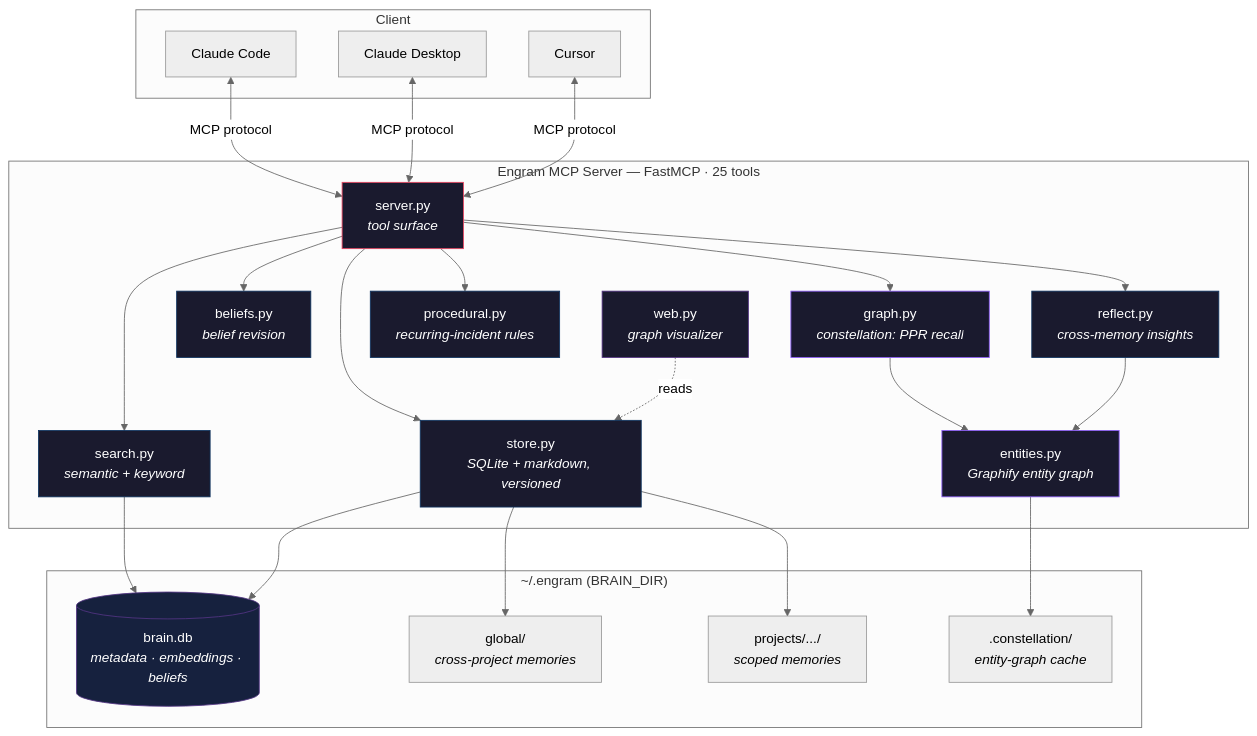
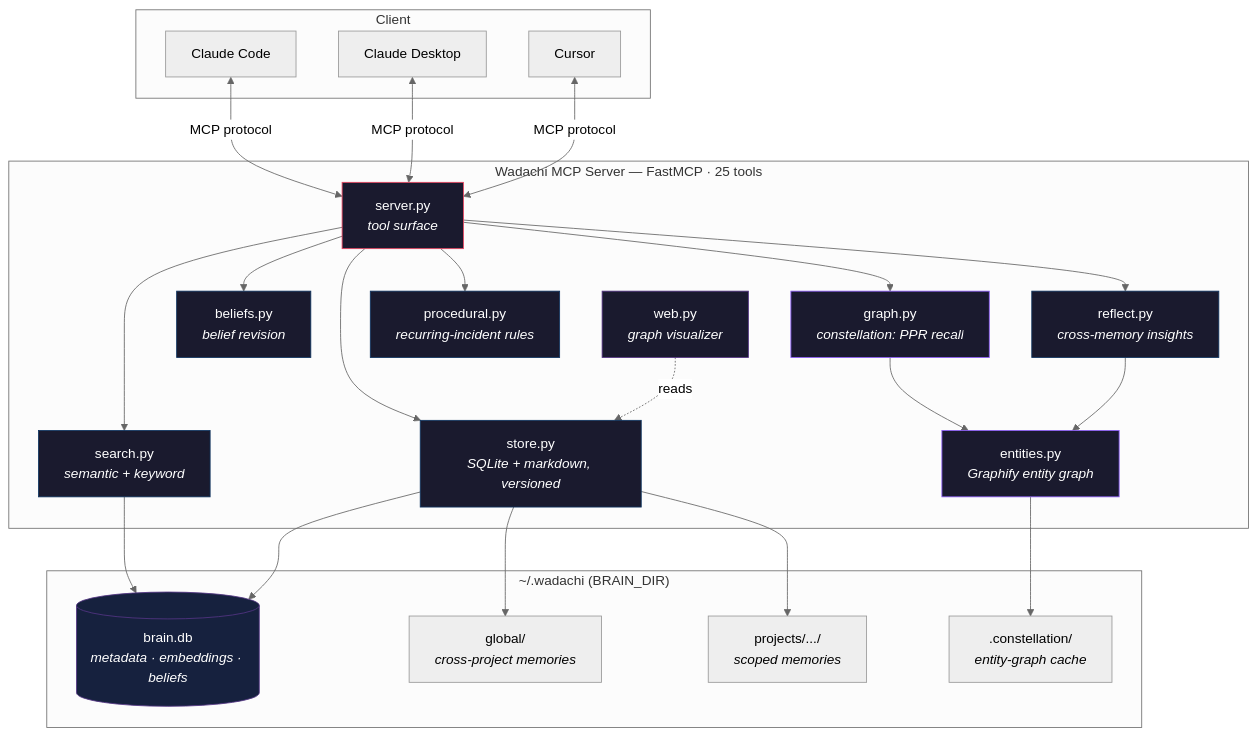
Before and after one commit to EliaCinti/engram: the diagram in README.md, drawn with Mermaid (neutral theme). The commit also changed other lines of this file and 17 other files, not shown here.

First line of the commit message:
refactor!: rename Engram → wadachi (package, server MCP, entry point, docs)

````diff
--- a/README.md
+++ b/README.md
@@ -72,47 +74,47 @@
 ```mermaid
 graph TB
     subgraph Client
         CC[Claude Code]
         CD[Claude Desktop]
         CU[Cursor]
     end
 
-    subgraph Server ["Engram MCP Server — FastMCP · 25 tools"]
+    subgraph Server ["Wadachi MCP Server — FastMCP · 25 tools"]
         S[server.py<br><i>tool surface</i>]
         ST[store.py<br><i>SQLite + markdown, versioned</i>]
         SE[search.py<br><i>semantic + keyword</i>]
         GR[graph.py<br><i>constellation: PPR recall</i>]
         EN[entities.py<br><i>Graphify entity graph</i>]
         BE[beliefs.py<br><i>belief revision</i>]
         RE[reflect.py<br><i>cross-memory insights</i>]
         PR[procedural.py<br><i>recurring-incident rules</i>]
         WE[web.py<br><i>graph visualizer</i>]
     end
 
-    subgraph Storage ["~/.engram (BRAIN_DIR)"]
+    subgraph Storage ["~/.wadachi (BRAIN_DIR)"]
         DB[(brain.db<br><i>metadata · embeddings · beliefs</i>)]
         GL[global/<br><i>cross-project memories</i>]
         PJ[projects/.../<br><i>scoped memories</i>]
         CO[.constellation/<br><i>entity-graph cache</i>]
     end
 
     CC & CD & CU <-->|MCP protocol| S
     S --> SE & ST & GR & BE & RE & PR
     GR --> EN
     RE --> EN
     SE --> DB
     ST --> DB & GL & PJ
     EN --> CO
     WE -.->|reads| ST
 
     style S fill:#1a1a2e,stroke:#e94560,color:#fff
     style ST fill:#1a1a2e,stroke:#0f3460,color:#fff
     style SE fill:#1a1a2e,stroke:#0f3460,color:#fff
     style GR fill:#1a1a2e,stroke:#8b5cf6,color:#fff
     style EN fill:#1a1a2e,stroke:#8b5cf6,color:#fff
     style BE fill:#1a1a2e,stroke:#0f3460,color:#fff
     style RE fill:#1a1a2e,stroke:#0f3460,color:#fff
     style PR fill:#1a1a2e,stroke:#0f3460,color:#fff
     style WE fill:#1a1a2e,stroke:#533483,color:#fff
     style DB fill:#16213e,stroke:#533483,color:#fff
 ```
````
